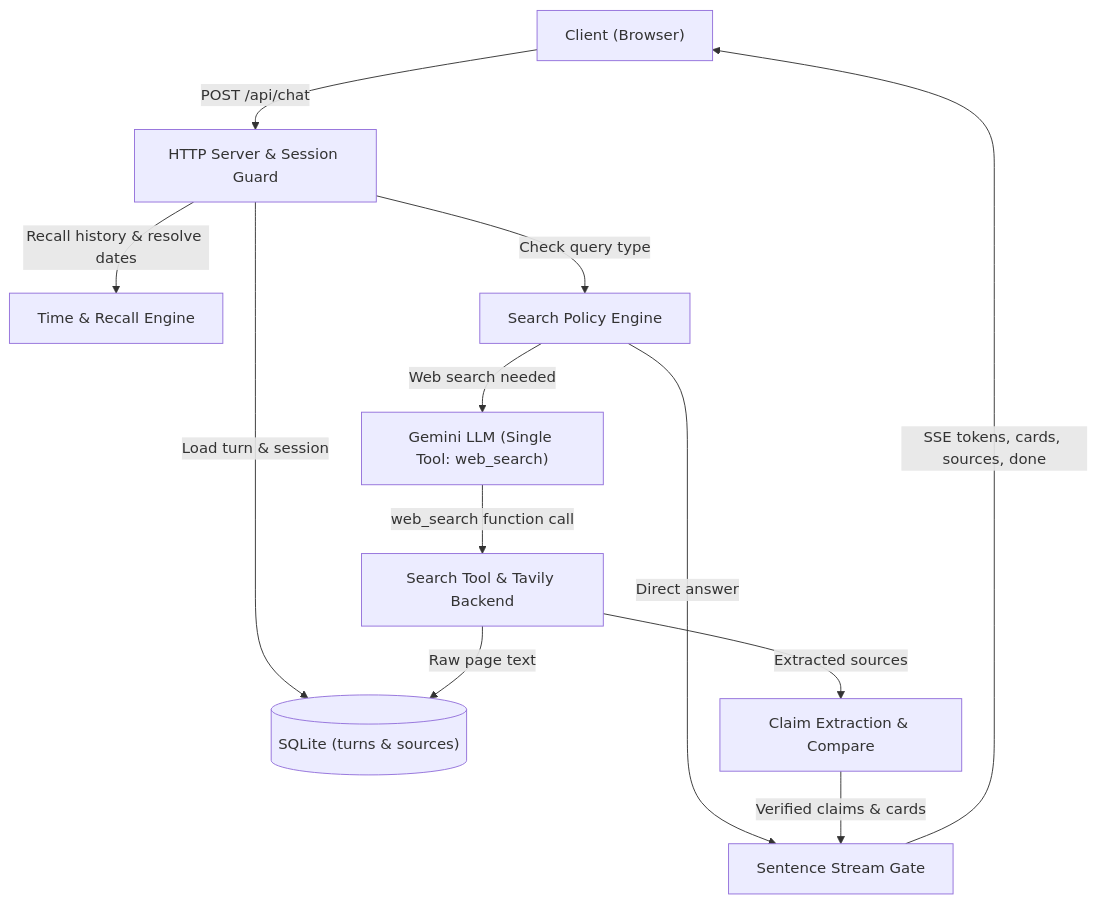
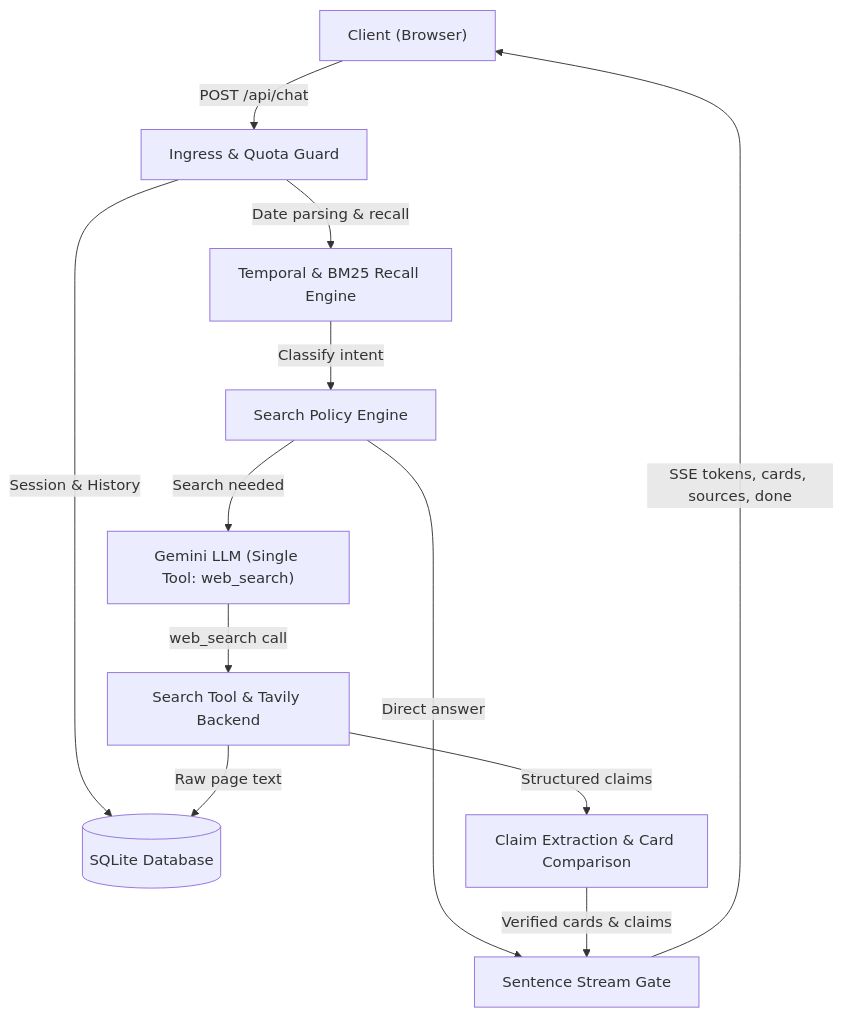
One commit to Jagadeesh58/Proofline changed the diagram in DESIGN.md. Above: the diagram before and after it, drawn with Mermaid. The commit also changed other lines of this file and 4 other files, not shown here.

````diff
--- a/DESIGN.md
+++ b/DESIGN.md
@@ -9,14 +20,14 @@
 ```mermaid
 flowchart TD
-  Client["Client (Browser)"] -->|POST /api/chat| Server["HTTP Server & Session Guard"]
-  Server -->|Load turn & session| SQLite[("SQLite (turns & sources)")]
-  Server -->|Recall history & resolve dates| Memory["Time & Recall Engine"]
-  Server -->|Check query type| Policy["Search Policy Engine"]
+  Client["Client (Browser)"] -->|POST /api/chat| Ingress["Ingress & Quota Guard"]
+  Ingress -->|Session & History| SQLite[("SQLite Database")]
+  Ingress -->|Date parsing & recall| Recall["Temporal & BM25 Recall Engine"]
+  Recall -->|Classify intent| Policy["Search Policy Engine"]
   Policy -->|Direct answer| StreamGate["Sentence Stream Gate"]
-  Policy -->|Web search needed| LLM["Gemini LLM (Single Tool: web_search)"]
-  LLM -->|web_search function call| SearchTool["Search Tool & Tavily Backend"]
+  Policy -->|Search needed| LLM["Gemini LLM (Single Tool: web_search)"]
+  LLM -->|web_search call| SearchTool["Search Tool & Tavily Backend"]
   SearchTool -->|Raw page text| SQLite
-  SearchTool -->|Extracted sources| ClaimsEngine["Claim Extraction & Compare"]
-  ClaimsEngine -->|Verified claims & cards| StreamGate
+  SearchTool -->|Structured claims| Compare["Claim Extraction & Card Comparison"]
+  Compare -->|Verified cards & claims| StreamGate
   StreamGate -->|SSE tokens, cards, sources, done| Client
 ```
````
